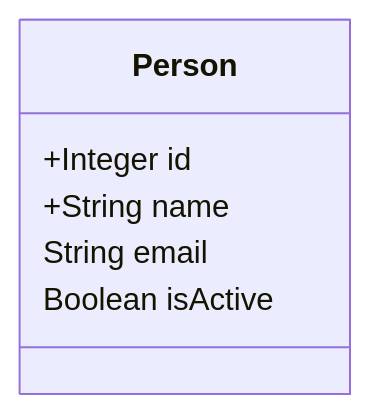
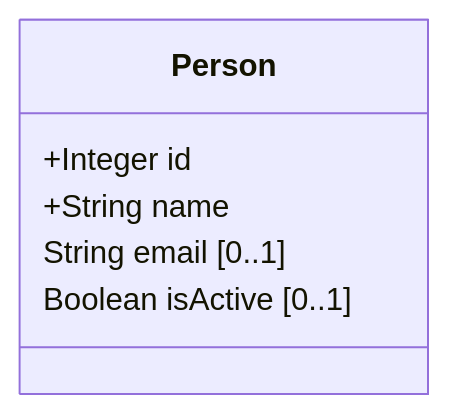
The first of 6 diagrams in README.md (flemming-n-larsen/JSONSchema-to-Mermaid), drawn with Mermaid before and after one commit. The commit also changed other lines of this file and 5 other files, not shown here.

Commit message:
Add optional cardinality notation for fields in MermaidGenerator output

````diff
--- a/README.md
+++ b/README.md
@@ -29,9 +28,9 @@
 ```mermaid
 classDiagram
   class Person {
     +Integer id
     +String name
-    String email
-    Boolean isActive
+    String email [0..1]
+    Boolean isActive [0..1]
   }
 ```
````
